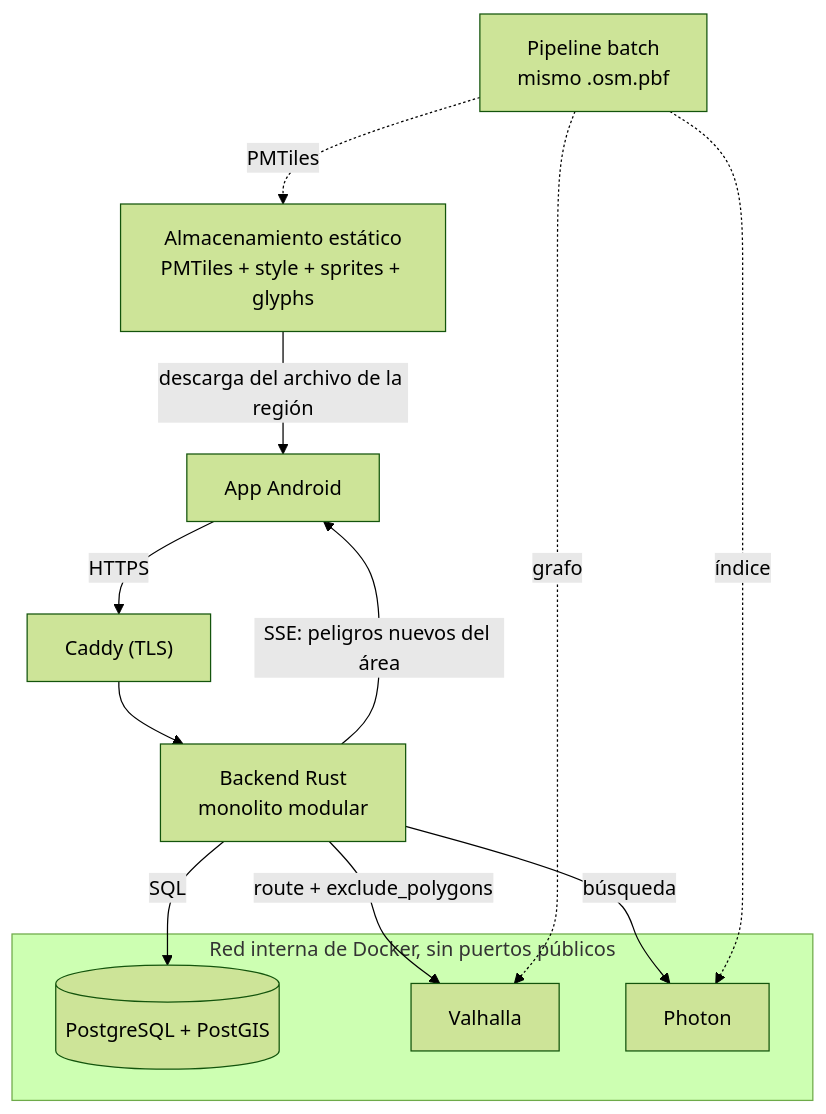
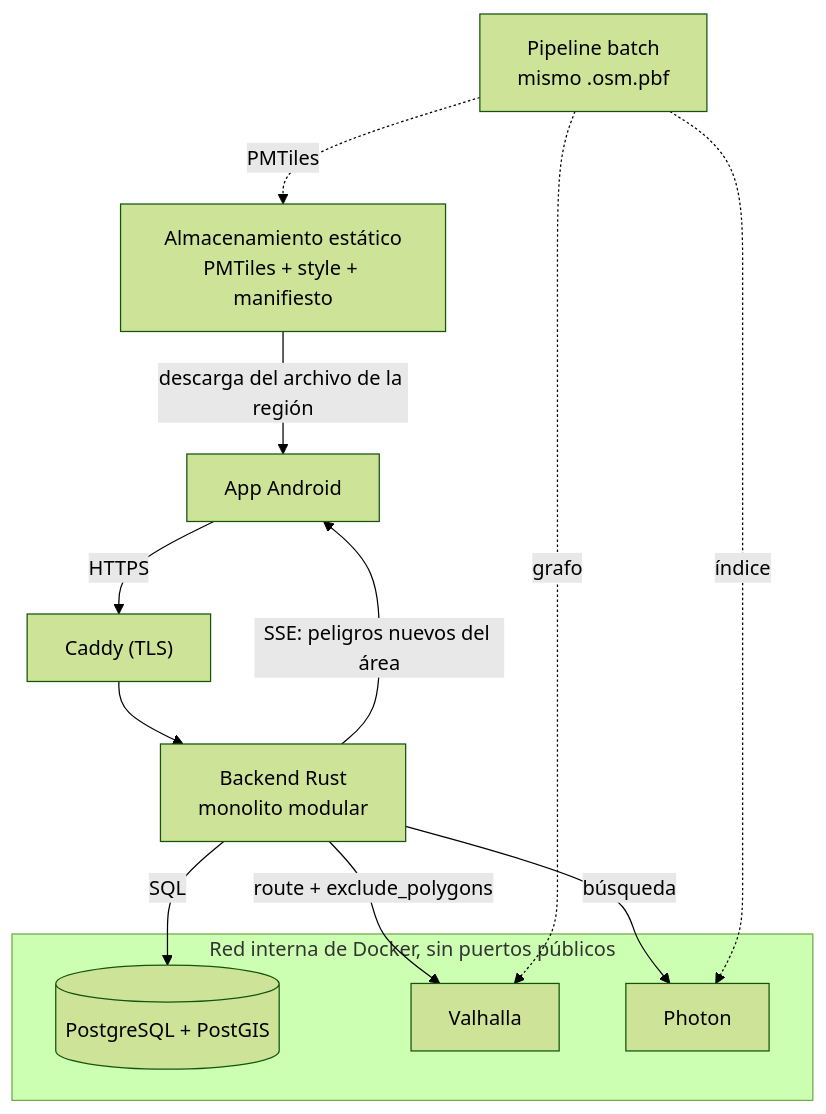
Before and after one commit to kripiman/Baze: the diagram in docs/architecture.md, drawn with Mermaid (forest theme). The commit also changed other lines of this file and 5 other files, not shown here.

````diff
--- a/docs/architecture.md
+++ b/docs/architecture.md
@@ -12,18 +12,18 @@
 ```mermaid
 flowchart TD
-  STORE["Almacenamiento estático<br/>PMTiles + style + sprites + glyphs"] -->|descarga del archivo de la región| APP
+  STORE["Almacenamiento estático<br/>PMTiles + style + manifiesto"] -->|descarga del archivo de la región| APP
   APP["App Android"] -->|HTTPS| CADDY["Caddy (TLS)"]
   CADDY --> API["Backend Rust<br/>monolito modular"]
   API -->|SSE: peligros nuevos del área| APP
   subgraph INTERNAL["Red interna de Docker, sin puertos públicos"]
     DB[("PostgreSQL + PostGIS")]
     VH["Valhalla"]
     PH["Photon"]
   end
   API -->|SQL| DB
   API -->|route + exclude_polygons| VH
   API -->|búsqueda| PH
   PIPE["Pipeline batch<br/>mismo .osm.pbf"] -.->|PMTiles| STORE
   PIPE -.->|grafo| VH
   PIPE -.->|índice| PH
 ```
````
